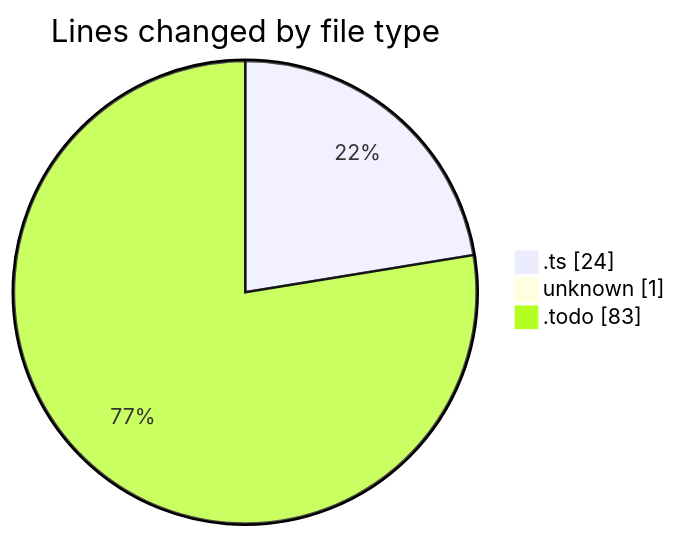
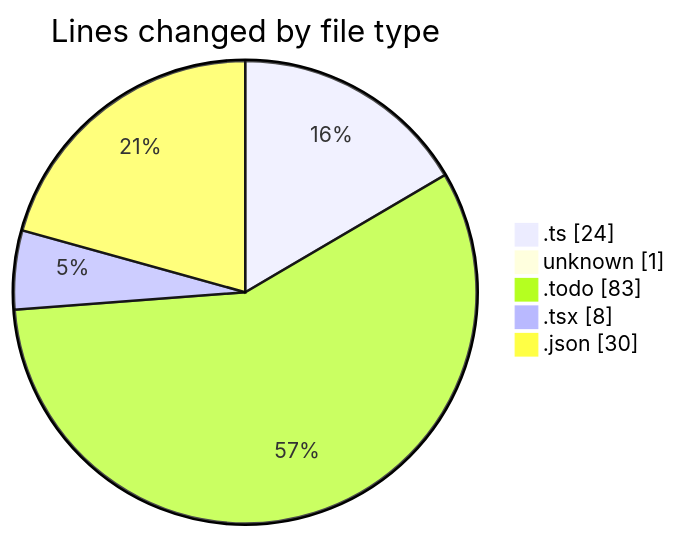
The first of 2 diagrams in 2025-05-21/ecodeli-1/README.md (CELIANVF/code-tracking), drawn with Mermaid before and after one commit. The commit also changed other lines of this file and 1 other file, not shown here.

````diff
--- a/2025-05-21/ecodeli-1/README.md
+++ b/2025-05-21/ecodeli-1/README.md
@@ -22,7 +24,9 @@
 ```mermaid
 pie showData
 title Lines changed by file type
 ".ts" : 24
 "unknown" : 1
 ".todo" : 83
+".tsx" : 8
+".json" : 30
 ```
````
